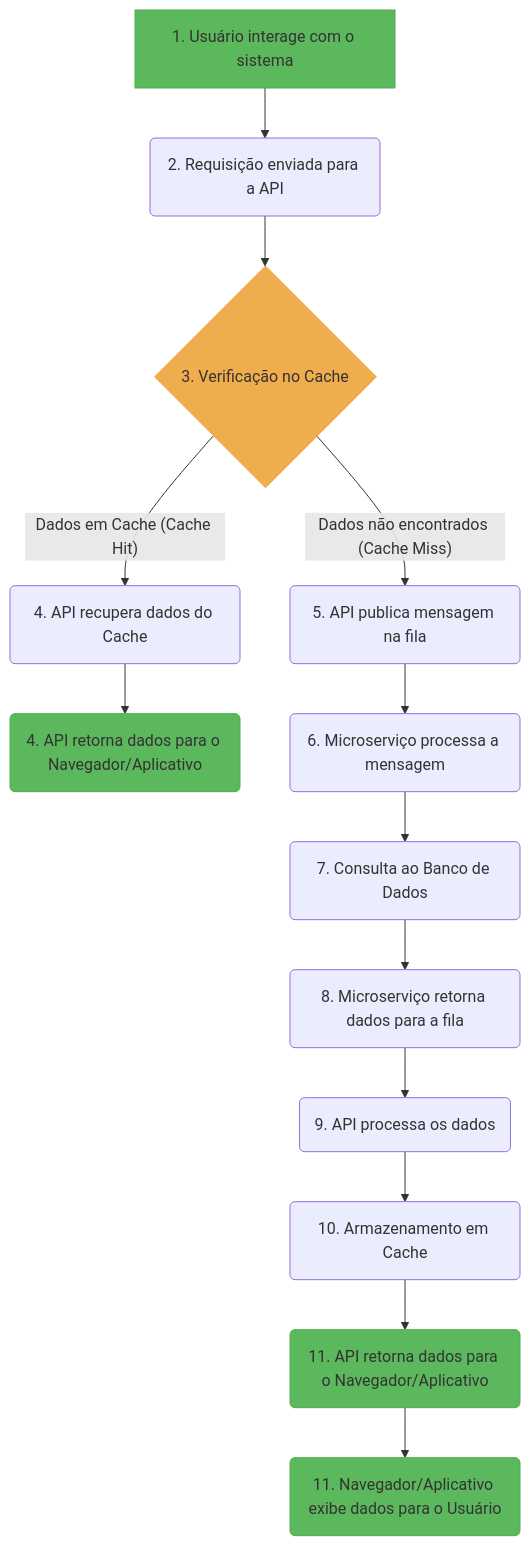
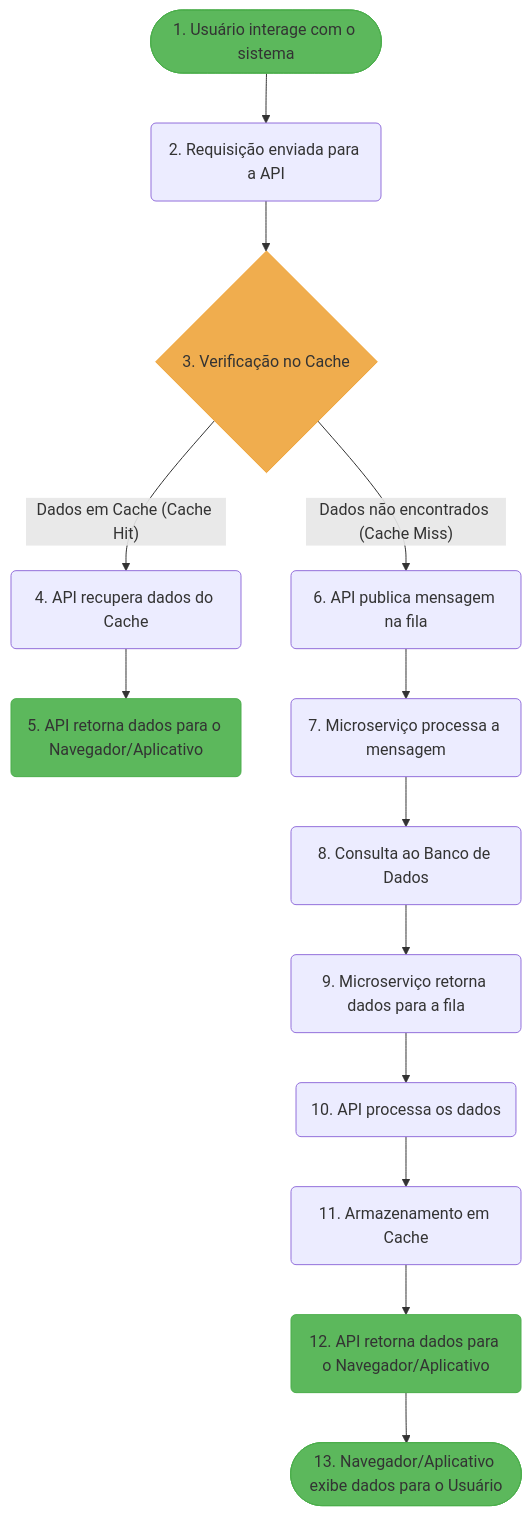
The diagram in test/README.md (WallaceSousa88/LifeHacksCode), drawn with Mermaid before and after one commit. The commit also changed other lines of this file, not shown here.

````diff
--- a/test/README.md
+++ b/test/README.md
@@ -42,21 +2,21 @@
 ```mermaid
 graph TD
-    A[1. Usuário interage com o sistema] --> B(2. Requisição enviada para a API)
+    A([1. Usuário interage com o sistema]) --> B(2. Requisição enviada para a API)
     B --> C{3. Verificação no Cache}
     C -- Dados em Cache (Cache Hit) --> D(4. API recupera dados do Cache)
-    D --> E(4. API retorna dados para o Navegador/Aplicativo)
-    C -- Dados não encontrados (Cache Miss) --> F(5. API publica mensagem na fila)
-    F --> G(6. Microserviço processa a mensagem)
-    G --> H(7. Consulta ao Banco de Dados)
-    H --> I(8. Microserviço retorna dados para a fila)
-    I --> J(9. API processa os dados)
-    J --> K(10. Armazenamento em Cache)
-    K --> L(11. API retorna dados para o Navegador/Aplicativo)
-    L --> M(11. Navegador/Aplicativo exibe dados para o Usuário)
+    D --> E(5. API retorna dados para o Navegador/Aplicativo)
+    C -- Dados não encontrados (Cache Miss) --> F(6. API publica mensagem na fila)
+    F --> G(7. Microserviço processa a mensagem)
+    G --> H(8. Consulta ao Banco de Dados)
+    H --> I(9. Microserviço retorna dados para a fila)
+    I --> J(10. API processa os dados)
+    J --> K(11. Armazenamento em Cache)
+    K --> L(12. API retorna dados para o Navegador/Aplicativo)
+    L --> M([13. Navegador/Aplicativo exibe dados para o Usuário])
 
     style A fill:#5cb85c,stroke:#4cae4c
     style M fill:#5cb85c,stroke:#4cae4c
     style C fill:#f0ad4e,stroke:#eea236
     style E fill:#5cb85c,stroke:#4cae4c
     style L fill:#5cb85c,stroke:#4cae4c
 ```
````
